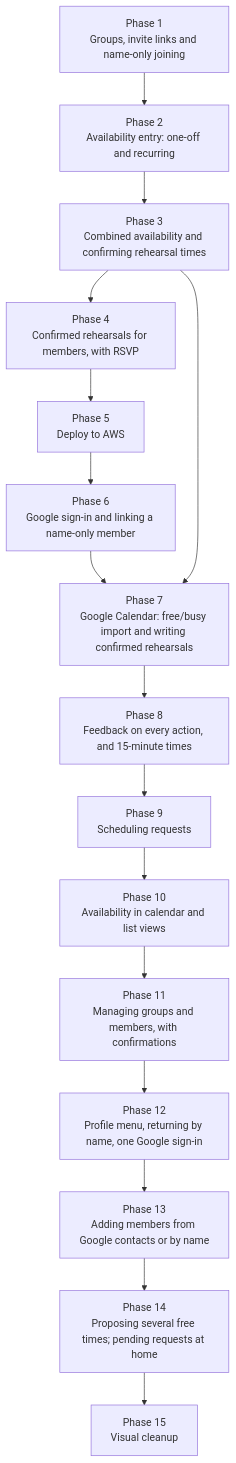
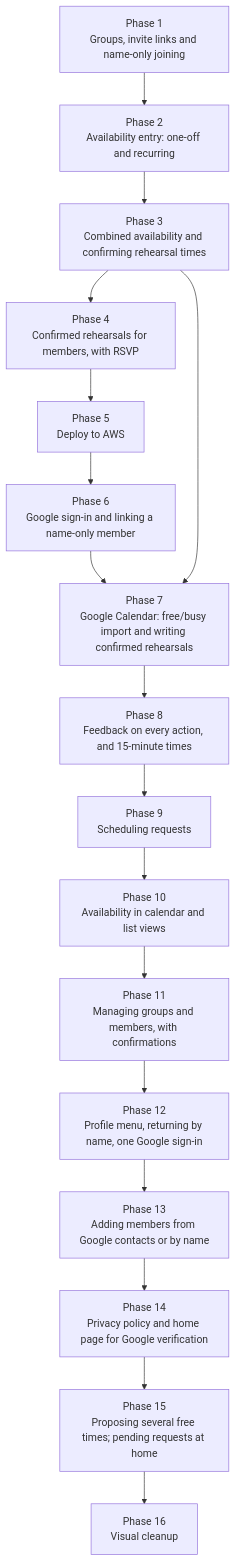
One commit to leifdalan/music-chairs changed the diagram in plan/INDEX.md. Above: the diagram before and after it, drawn with Mermaid. The commit also changed other lines of this file and 4 other files, not shown here.

First line of the commit message:
Plan Phase 14: privacy policy and home page for Google verification

````diff
--- a/plan/INDEX.md
+++ b/plan/INDEX.md
@@ -27,21 +27,22 @@
 ```mermaid
 graph TD
     P1[Phase 1<br/>Groups, invite links and name-only joining]
     P2[Phase 2<br/>Availability entry: one-off and recurring]
     P3[Phase 3<br/>Combined availability and confirming rehearsal times]
     P4[Phase 4<br/>Confirmed rehearsals for members, with RSVP]
     P5[Phase 5<br/>Deploy to AWS]
     P6[Phase 6<br/>Google sign-in and linking a name-only member]
     P7[Phase 7<br/>Google Calendar: free/busy import and writing confirmed rehearsals]
     P8[Phase 8<br/>Feedback on every action, and 15-minute times]
     P9[Phase 9<br/>Scheduling requests]
     P10[Phase 10<br/>Availability in calendar and list views]
     P11[Phase 11<br/>Managing groups and members, with confirmations]
     P12[Phase 12<br/>Profile menu, returning by name, one Google sign-in]
     P13[Phase 13<br/>Adding members from Google contacts or by name]
-    P14[Phase 14<br/>Proposing several free times; pending requests at home]
-    P15[Phase 15<br/>Visual cleanup]
+    P14[Phase 14<br/>Privacy policy and home page for Google verification]
+    P15[Phase 15<br/>Proposing several free times; pending requests at home]
+    P16[Phase 16<br/>Visual cleanup]
     P1 --> P2 --> P3 --> P4 --> P5 --> P6 --> P7
     P3 --> P7
-    P7 --> P8 --> P9 --> P10 --> P11 --> P12 --> P13 --> P14 --> P15
+    P7 --> P8 --> P9 --> P10 --> P11 --> P12 --> P13 --> P14 --> P15 --> P16
 ```
````
